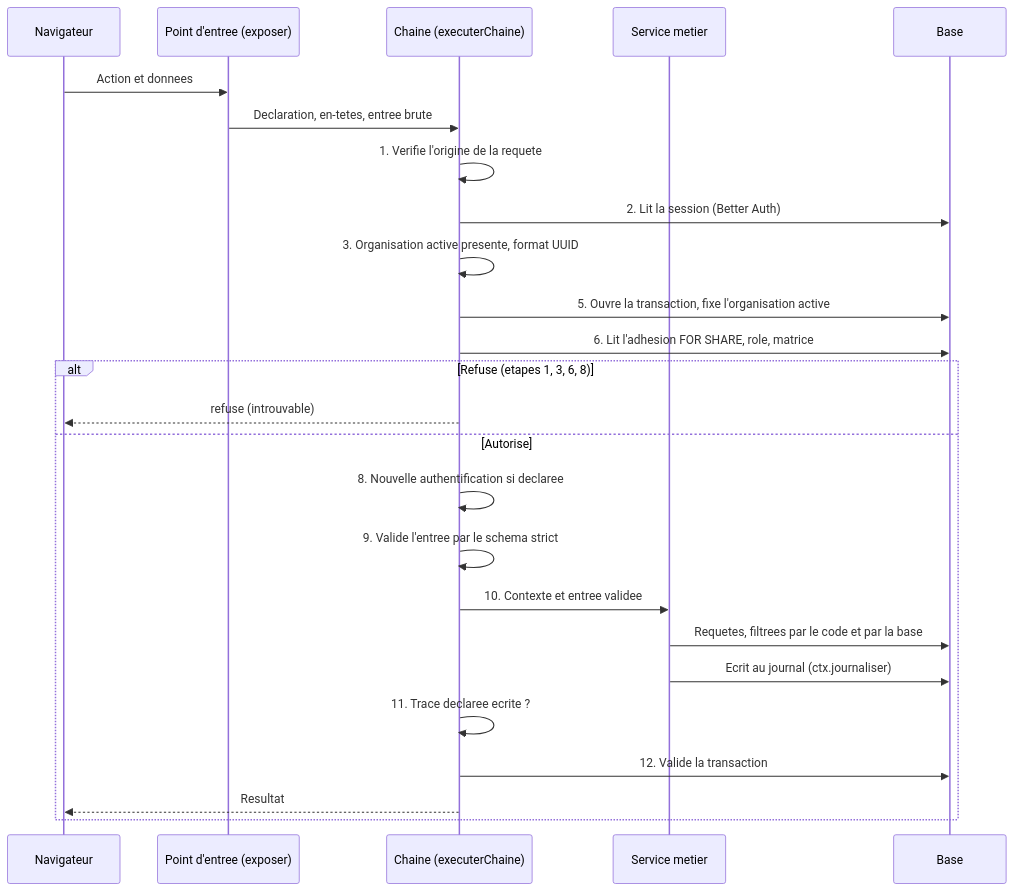
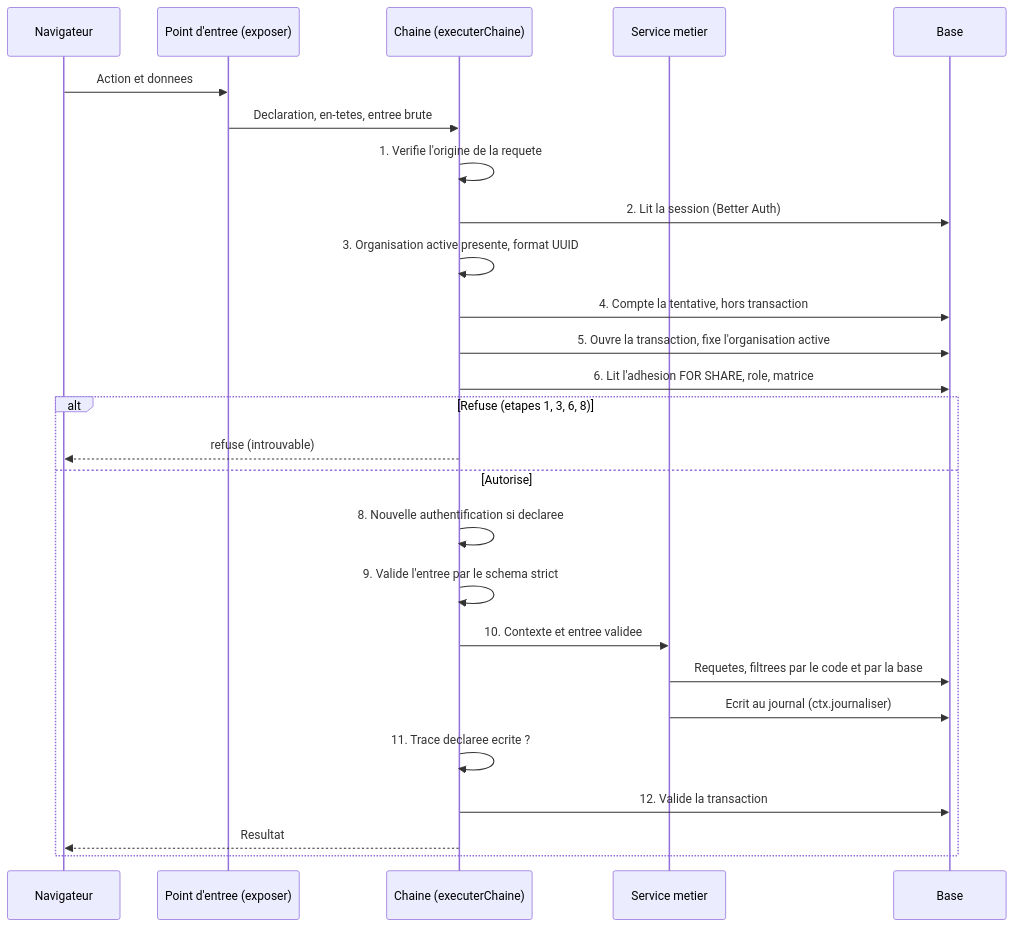
The sixth of 10 diagrams in docs/DESIGN.md (GnonhouaN01/facturation-pme), drawn with Mermaid before and after one commit. The commit also changed other lines of this file and 28 other files, not shown here.

````diff
--- a/docs/DESIGN.md
+++ b/docs/DESIGN.md
@@ -493,28 +493,29 @@
 ```mermaid
 sequenceDiagram
     participant N as Navigateur
     participant E as Point d'entree (exposer)
     participant C as Chaine (executerChaine)
     participant M as Service metier
     participant B as Base
 
     N->>E: Action et donnees
     E->>C: Declaration, en-tetes, entree brute
     C->>C: 1. Verifie l'origine de la requete
     C->>B: 2. Lit la session (Better Auth)
     C->>C: 3. Organisation active presente, format UUID
+    C->>B: 4. Compte la tentative, hors transaction
     C->>B: 5. Ouvre la transaction, fixe l'organisation active
     C->>B: 6. Lit l'adhesion FOR SHARE, role, matrice
     alt Refuse (etapes 1, 3, 6, 8)
         C-->>N: refuse (introuvable)
     else Autorise
         C->>C: 8. Nouvelle authentification si declaree
         C->>C: 9. Valide l'entree par le schema strict
         C->>M: 10. Contexte et entree validee
         M->>B: Requetes, filtrees par le code et par la base
         M->>B: Ecrit au journal (ctx.journaliser)
         C->>C: 11. Trace declaree ecrite ?
         C->>B: 12. Valide la transaction
         C-->>N: Resultat
     end
 ```
````
